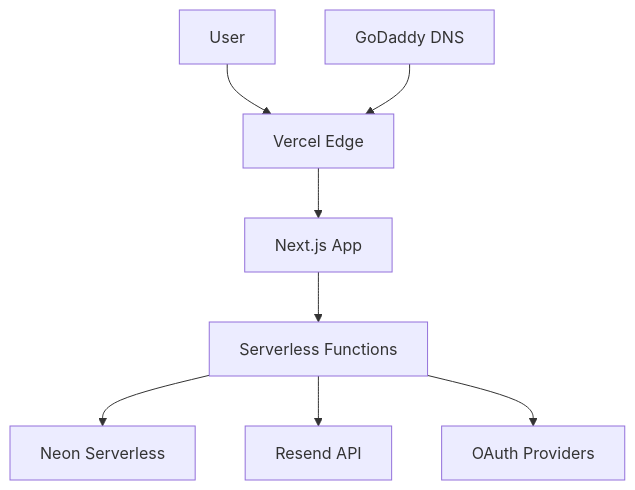
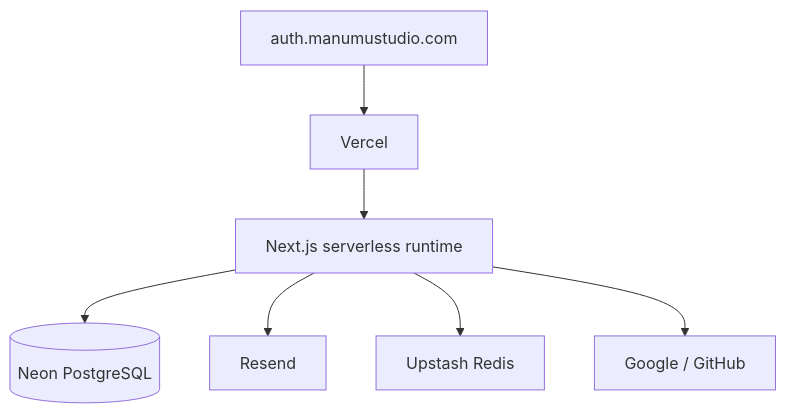
Before and after one commit to manumu-studio/auth-manumu-studio: the fourth of 4 diagrams in docs/ARCHITECTURE.md, drawn with Mermaid. The commit also changed other lines of this file and 60 other files, not shown here.

````diff
--- a/docs/ARCHITECTURE.md
+++ b/docs/ARCHITECTURE.md
@@ -479,11 +249,9 @@
 ```mermaid
-graph TB
-    A[User] --> B[Vercel Edge]
-    B --> C[Next.js App]
-    C --> D[Serverless Functions]
-    D --> E[Neon Serverless]
-    D --> F[Resend API]
-    D --> G[OAuth Providers]
-    
-    H[GoDaddy DNS] --> B
+flowchart TB
+    DNS[auth.manumustudio.com] --> V[Vercel]
+    V --> N[Next.js serverless runtime]
+    N --> P[(Neon PostgreSQL)]
+    N --> R[Resend]
+    N --> U[Upstash Redis]
+    N --> G[Google / GitHub]
 ```
````
